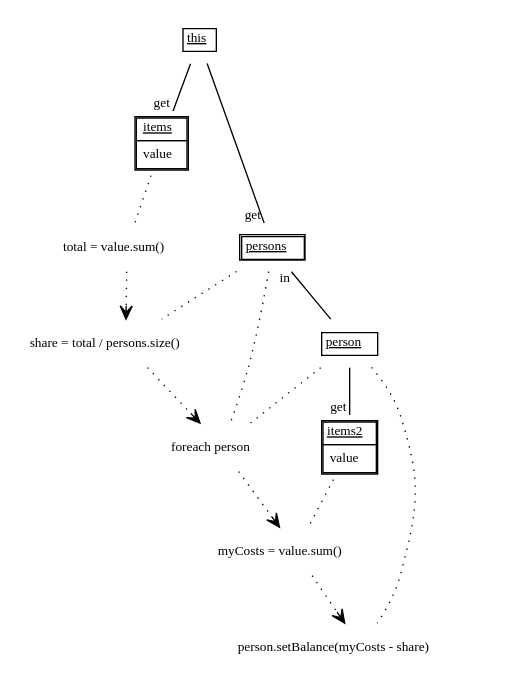
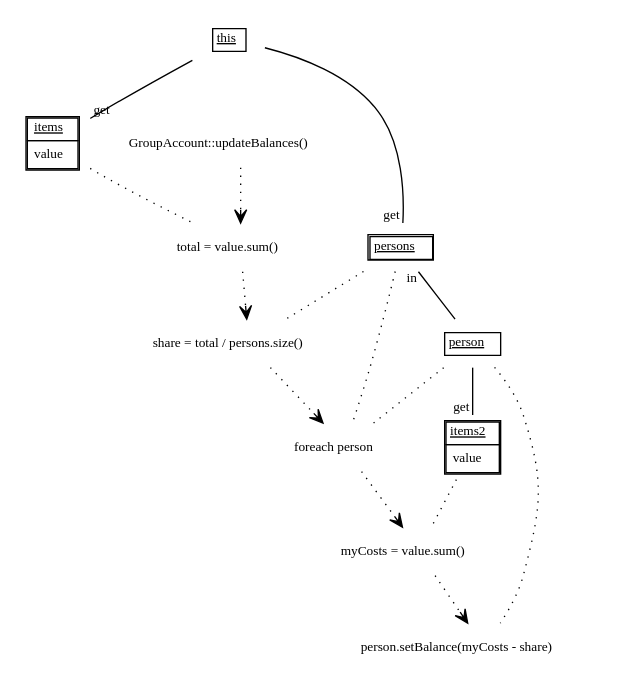
The diagram in doc/GroupAccount.UpdateBalances02.dot (fujaba/SDMLib), drawn with Graphviz before and after one commit. The commit also changed 3 other files, not shown here.

```diff
--- a/doc/GroupAccount.UpdateBalances02.dot
+++ b/doc/GroupAccount.UpdateBalances02.dot
@@ -1,35 +1,37 @@
 
  digraph TrafoOpDiagram {
     node [shape = none, fontsize = 10]; 
     edge [fontsize = 10];
     
     
     this [label=<<table border='0' cellborder='1' cellspacing='0'> <tr> <td><u>this</u></td> </tr>  </table>>];
     items [label=<<table border='1' cellborder='1' cellspacing='0'> <tr> <td><u>items</u></td> </tr> <tr><td><table border='0' cellborder='0' cellspacing='0'> <tr><td align='left'>value</td></tr> </table></td></tr> </table>>];
     persons [label=<<table border='1' cellborder='1' cellspacing='0'> <tr> <td><u>persons</u></td> </tr>  </table>>];
     person [label=<<table border='0' cellborder='1' cellspacing='0'> <tr> <td><u>person</u></td> </tr>  </table>>];
     items2 [label=<<table border='1' cellborder='1' cellspacing='0'> <tr> <td><u>items2</u></td> </tr> <tr><td><table border='0' cellborder='0' cellspacing='0'> <tr><td align='left'>value</td></tr> </table></td></tr> </table>>];
     
     
+    GroupAccountupdateBalances [label=<<table border='0' cellborder='0' cellspacing='0'><tr><td>GroupAccount::updateBalances()</td></tr></table>>];
     totalvaluesum [label=<<table border='0' cellborder='0' cellspacing='0'><tr><td>total = value.sum()</td></tr></table>>];
     sharetotalpersonssize [label=<<table border='0' cellborder='0' cellspacing='0'><tr><td>share = total / persons.size()</td></tr></table>>];
     foreachperson [label=<<table border='0' cellborder='0' cellspacing='0'><tr><td>foreach person</td></tr></table>>];
     myCostsvaluesum [label=<<table border='0' cellborder='0' cellspacing='0'><tr><td>myCosts = value.sum()</td></tr></table>>];
     personsetBalancemyCostsshare [label=<<table border='0' cellborder='0' cellspacing='0'><tr><td>person.setBalance(myCosts - share)</td></tr></table>>];
     
     
     this -> items [headlabel = "get" taillabel = "" arrowhead = "none" ];
     this -> persons [headlabel = "get" taillabel = "" arrowhead = "none" ];
     persons -> person [headlabel = "" taillabel = "in" arrowhead = "none" ];
     person -> items2 [headlabel = "get" taillabel = "" arrowhead = "none" ];
+    GroupAccountupdateBalances -> totalvaluesum [style = "dotted", arrowhead = "vee"];
     totalvaluesum -> sharetotalpersonssize [style = "dotted", arrowhead = "vee"];
     items -> totalvaluesum [style = "dotted" arrowhead = "none"];
     sharetotalpersonssize -> foreachperson [style = "dotted", arrowhead = "vee"];
     persons -> sharetotalpersonssize [style = "dotted" arrowhead = "none"];
     foreachperson -> myCostsvaluesum [style = "dotted", arrowhead = "vee"];
     person -> foreachperson [style = "dotted" arrowhead = "none"];
     persons -> foreachperson [style = "dotted" arrowhead = "none"];
     myCostsvaluesum -> personsetBalancemyCostsshare [style = "dotted", arrowhead = "vee"];
     items2 -> myCostsvaluesum [style = "dotted" arrowhead = "none"];
     person -> personsetBalancemyCostsshare [style = "dotted" arrowhead = "none"];
 }
```
